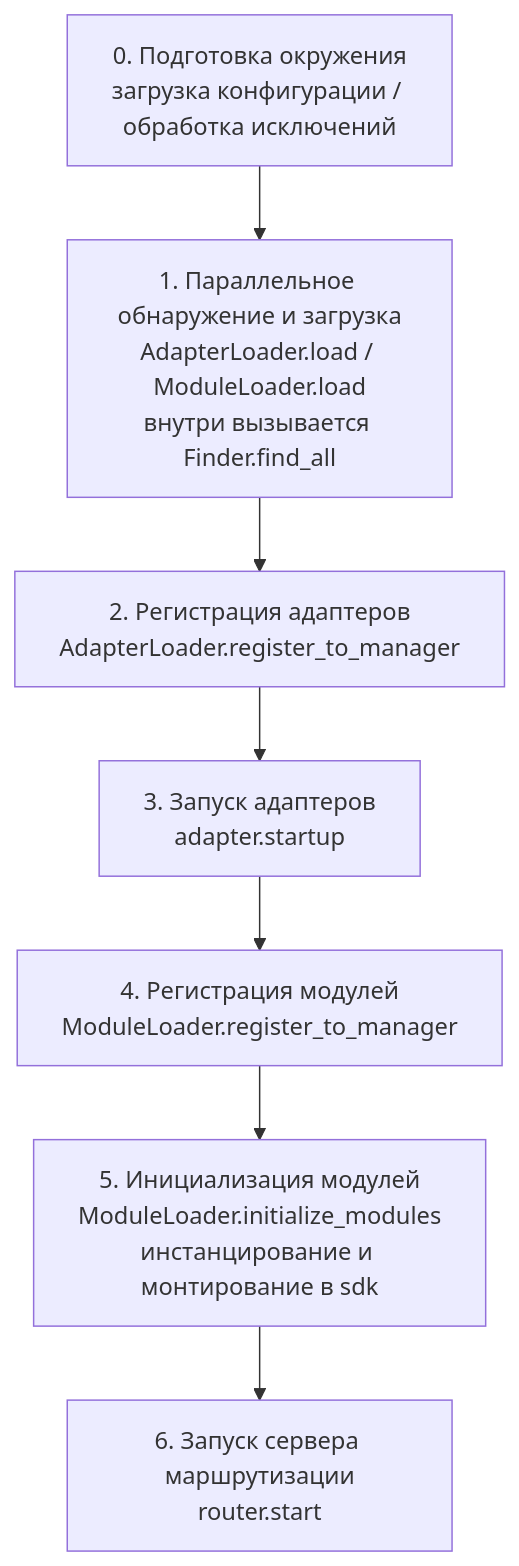
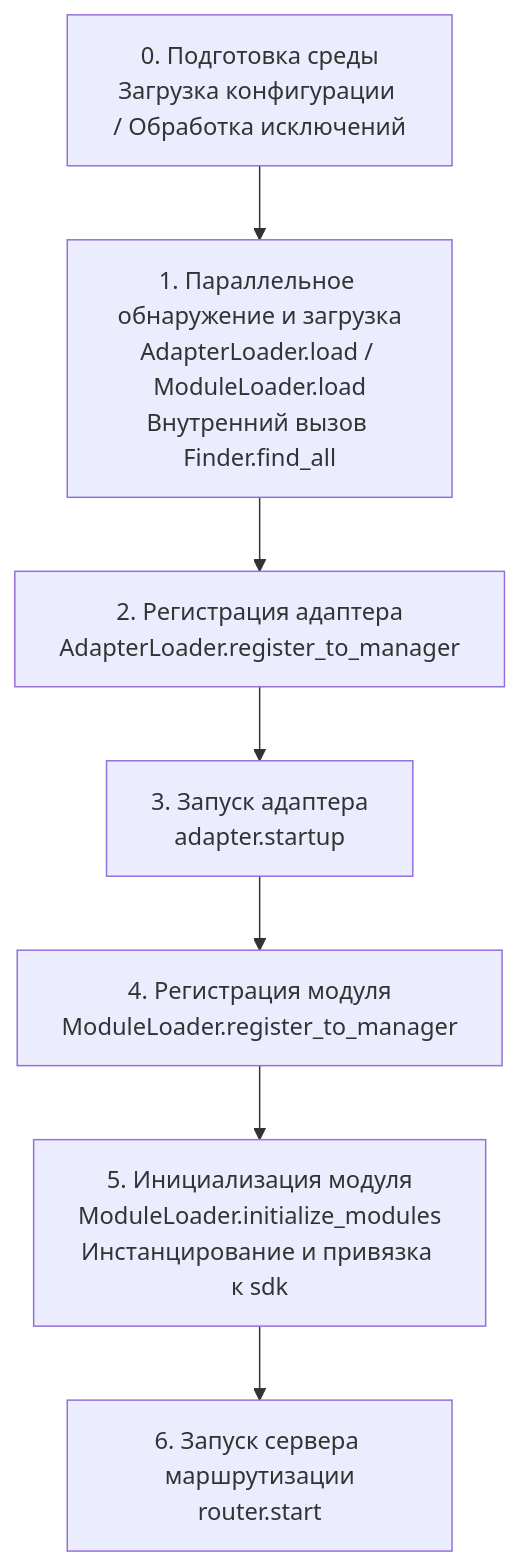
One commit to ErisPulse/ErisPulse changed the diagram in docs/ru/advanced/startup.md. Above: the diagram before and after it, drawn with Mermaid. The commit also changed other lines of this file and 124 other files, not shown here.

````diff
--- a/docs/ru/advanced/startup.md
+++ b/docs/ru/advanced/startup.md
@@ -31,10 +30,10 @@
 ```mermaid
 flowchart TD
-    A[0. Подготовка окружения<br/>загрузка конфигурации / обработка исключений] --> B
-    B[1. Параллельное обнаружение и загрузка<br/>AdapterLoader.load / ModuleLoader.load<br/>внутри вызывается Finder.find_all] --> C
-    C[2. Регистрация адаптеров<br/>AdapterLoader.register_to_manager] --> D
-    D[3. Запуск адаптеров<br/>adapter.startup] --> E
-    E[4. Регистрация модулей<br/>ModuleLoader.register_to_manager] --> F
-    F[5. Инициализация модулей<br/>ModuleLoader.initialize_modules<br/>инстанцирование и монтирование в sdk] --> G
+    A[0. Подготовка среды<br/>Загрузка конфигурации / Обработка исключений] --> B
+    B[1. Параллельное обнаружение и загрузка<br/>AdapterLoader.load / ModuleLoader.load<br/>Внутренний вызов Finder.find_all] --> C
+    C[2. Регистрация адаптера<br/>AdapterLoader.register_to_manager] --> D
+    D[3. Запуск адаптера<br/>adapter.startup] --> E
+    E[4. Регистрация модуля<br/>ModuleLoader.register_to_manager] --> F
+    F[5. Инициализация модуля<br/>ModuleLoader.initialize_modules<br/>Инстанцирование и привязка к sdk] --> G
     G[6. Запуск сервера маршрутизации<br/>router.start]
 ```
````
